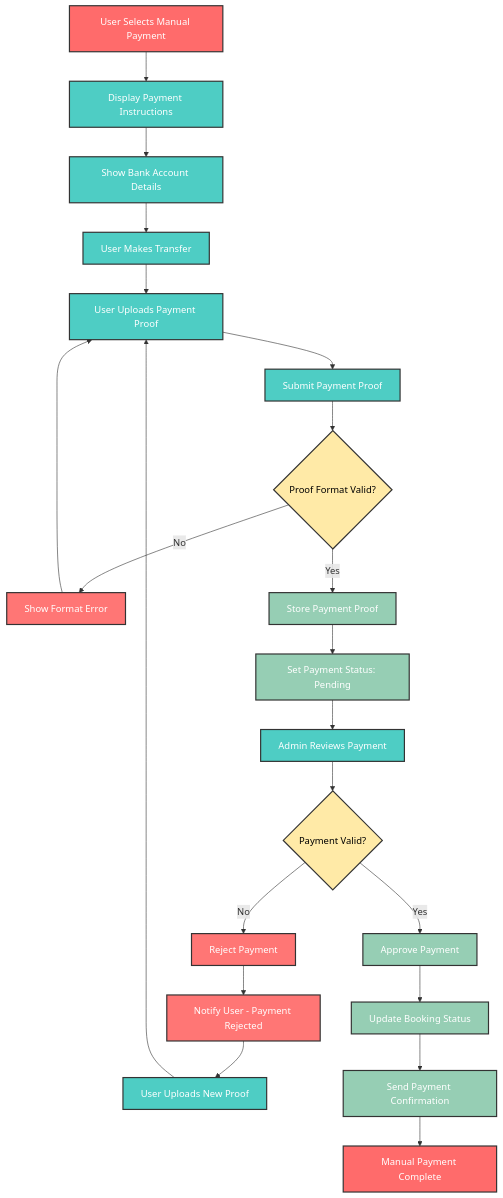
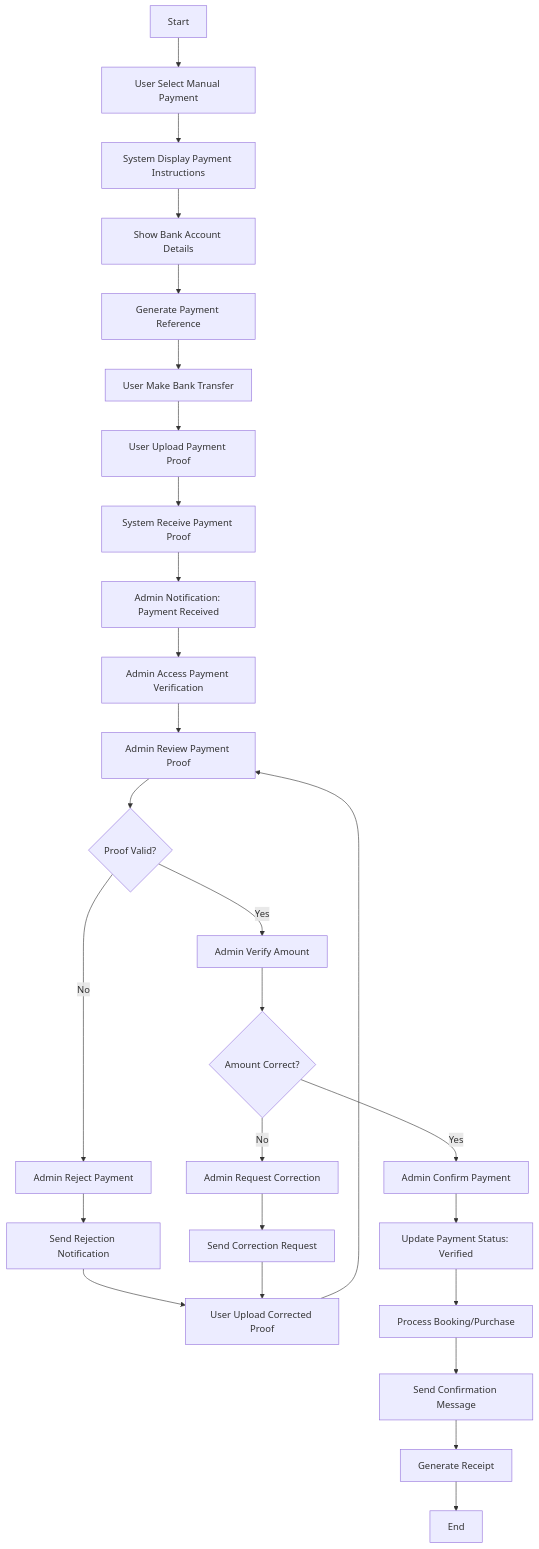
One commit to BlackCoffeee/raujan_pool changed diagram 19 of 35 in Planing/06-uml-diagrams.md. Above: the diagram before and after it, drawn with Mermaid. The commit also changed other lines of this file, not shown here.

````diff
--- a/Planing/06-uml-diagrams.md
+++ b/Planing/06-uml-diagrams.md
@@ -1786,50 +1611,29 @@
 ```mermaid
-graph TD
-    A[User Selects Manual Payment] --> B[Display Payment Instructions]
-    B --> C[Show Bank Account Details]
-    C --> D[User Makes Transfer]
-    D --> E[User Uploads Payment Proof]
-    E --> F[Submit Payment Proof]
-    F --> G{Proof Format Valid?}
-    G -->|No| H[Show Format Error]
-    H --> E
-    G -->|Yes| I[Store Payment Proof]
-    I --> J[Set Payment Status: Pending]
-    J --> K[Admin Reviews Payment]
-    K --> L{Payment Valid?}
-    L -->|No| M[Reject Payment]
-    M --> N[Notify User - Payment Rejected]
-    N --> O[User Uploads New Proof]
-    O --> E
-    L -->|Yes| P[Approve Payment]
-    P --> Q[Update Booking Status]
-    Q --> R[Send Payment Confirmation]
-    R --> S[Manual Payment Complete]
-
-    %% Custom styling
-    classDef start-end fill:#ff6b6b,stroke:#333,stroke-width:2px,color:#fff
-    classDef process fill:#4ecdc4,stroke:#333,stroke-width:2px,color:#fff
-    classDef decision fill:#ffeaa7,stroke:#333,stroke-width:2px,color:#000
-    classDef success fill:#96ceb4,stroke:#333,stroke-width:2px,color:#fff
-    classDef failure fill:#ff7675,stroke:#333,stroke-width:2px,color:#fff
-
-    A:::start-end
-    B:::process
-    C:::process
-    D:::process
-    E:::process
-    F:::process
-    G:::decision
-    H:::failure
-    I:::success
-    J:::success
-    K:::process
-    L:::decision
-    M:::failure
-    N:::failure
-    O:::process
-    P:::success
-    Q:::success
-    R:::success
-    S:::start-end
+flowchart TD
+    A[Start] --> B[User Select Manual Payment]
+    B --> C[System Display Payment Instructions]
+    C --> D[Show Bank Account Details]
+    D --> E[Generate Payment Reference]
+    E --> F[User Make Bank Transfer]
+    F --> G[User Upload Payment Proof]
+    G --> H[System Receive Payment Proof]
+    H --> I[Admin Notification: Payment Received]
+    I --> J[Admin Access Payment Verification]
+    J --> K[Admin Review Payment Proof]
+    K --> L{Proof Valid?}
+    L -->|No| M[Admin Reject Payment]
+    L -->|Yes| N[Admin Verify Amount]
+    M --> O[Send Rejection Notification]
+    O --> P[User Upload Corrected Proof]
+    P --> K
+    N --> Q{Amount Correct?}
+    Q -->|No| R[Admin Request Correction]
+    Q -->|Yes| S[Admin Confirm Payment]
+    R --> T[Send Correction Request]
+    T --> P
+    S --> U[Update Payment Status: Verified]
+    U --> V[Process Booking/Purchase]
+    V --> W[Send Confirmation Message]
+    W --> X[Generate Receipt]
+    X --> Y[End]
 ```
````
